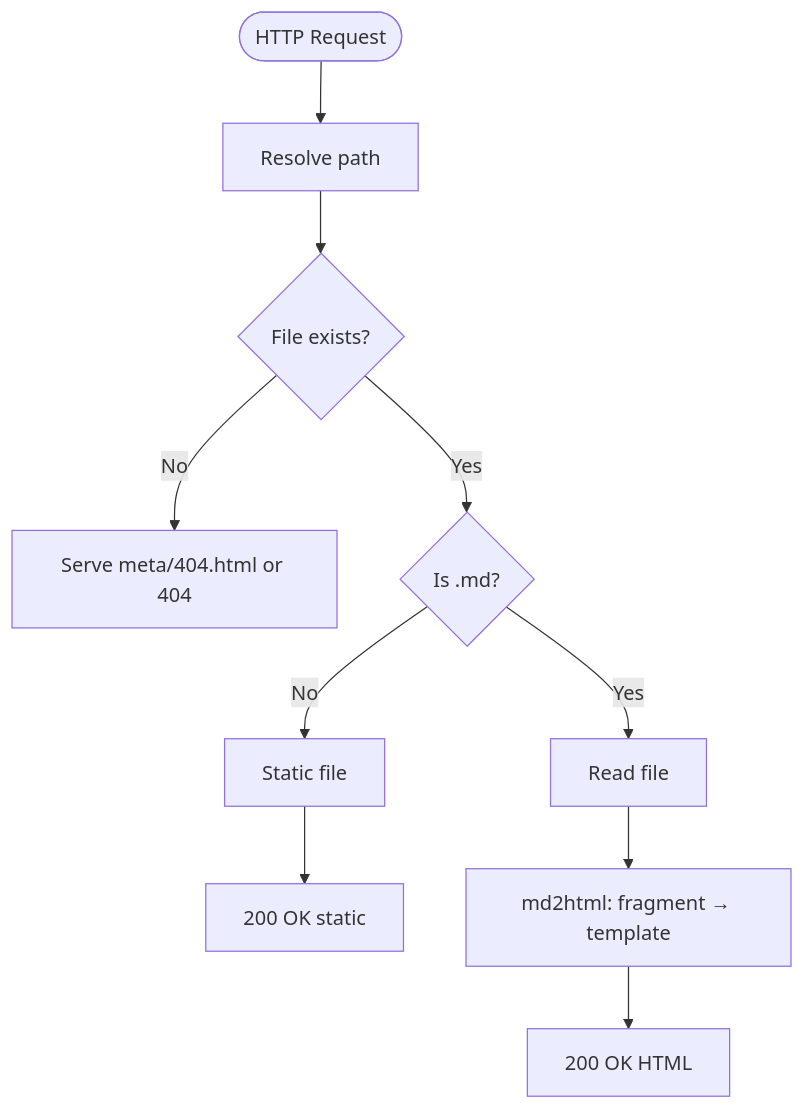
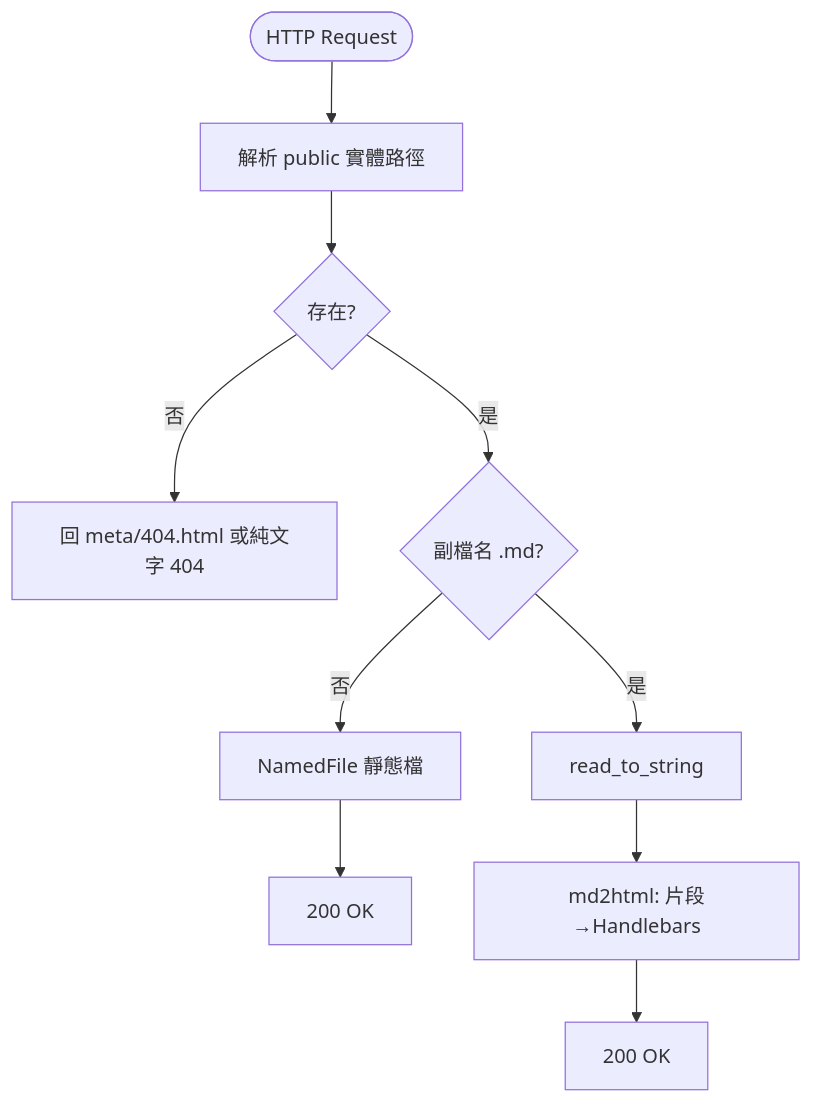
The first of 2 diagrams in README.md (Paul-16098/my-http-server), drawn with Mermaid before and after one commit. The commit also changed other lines of this file and 1 other file, not shown here.

Commit message:
docs: document Handlebars migration and template usage; refine Copilot instructions

````diff
--- a/README.md
+++ b/README.md
@@ -33,9 +27,9 @@
 ```mermaid
 flowchart TB
-  A([HTTP Request]) --> B[Resolve path]
-  B --> C{File exists?}
-  C -->|No| D[Serve meta/404.html or 404]
-  C -->|Yes| E{Is .md?}
-  E -->|No| F[Static file] --> G[200 OK static]
-  E -->|Yes| H[Read file] --> I[md2html: fragment → template] --> J[200 OK HTML]
+  A([HTTP Request]) --> B[解析 public 實體路徑]
+  B --> C{存在?}
+  C -->|否| D[回 meta/404.html 或純文字 404]
+  C -->|是| E{副檔名 .md?}
+  E -->|否| F[NamedFile 靜態檔] --> G[200 OK]
+  E -->|是| H[read_to_string] --> I[md2html: 片段→Handlebars] --> J[200 OK]
 ```
````
